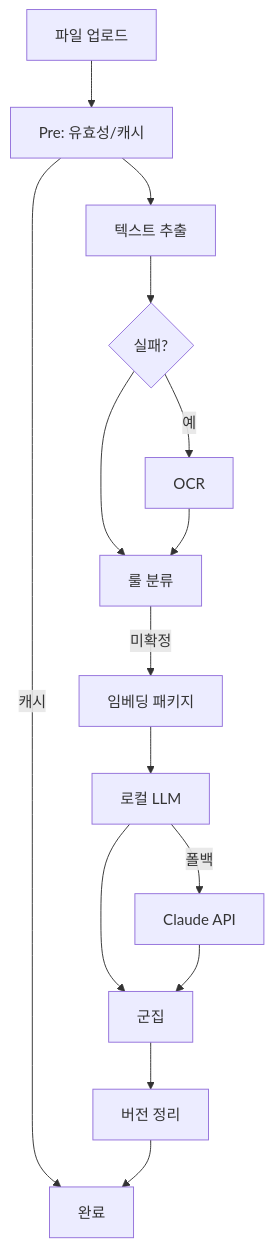
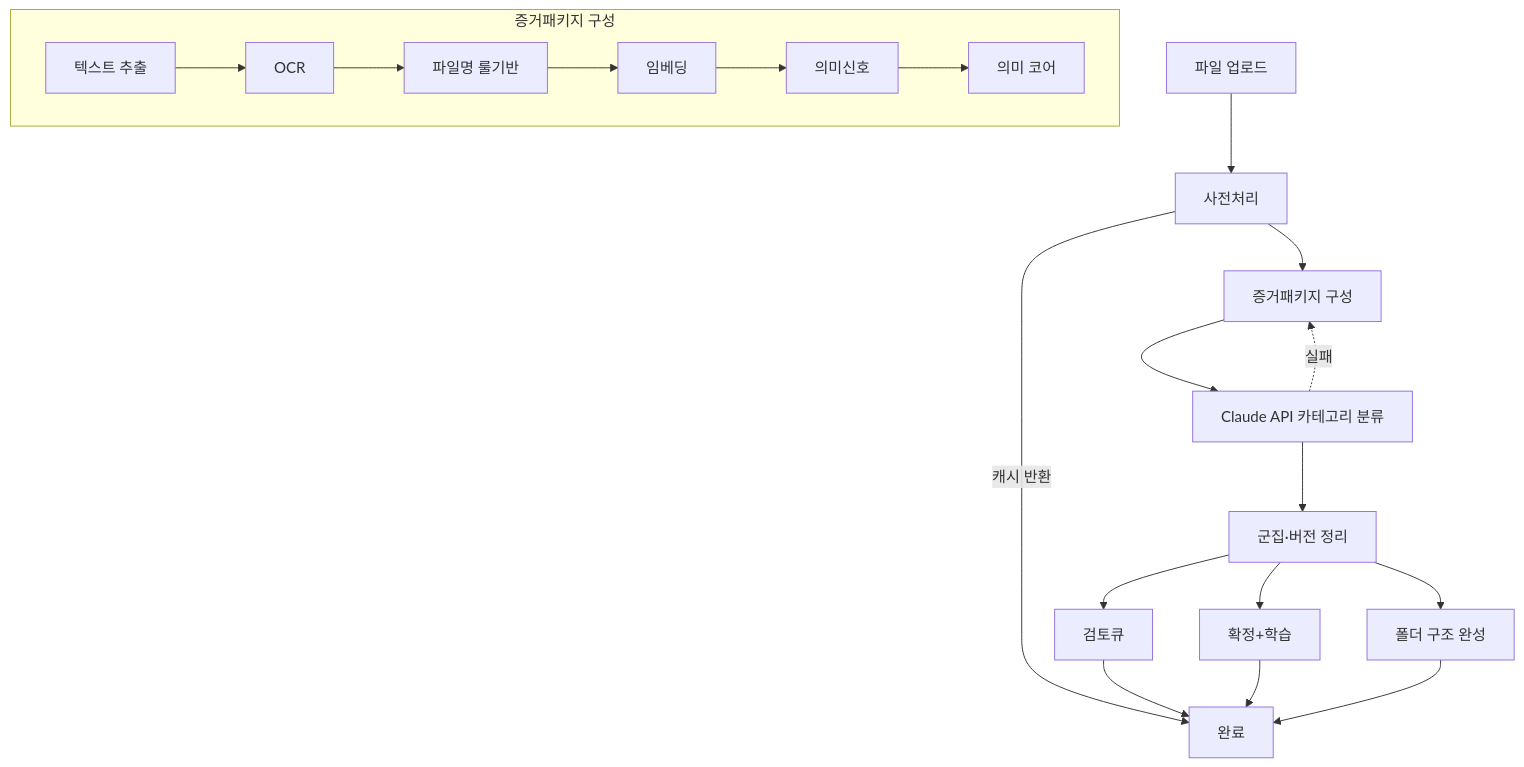
The diagram in rules/CONVENTIONS.md (junyeop10/-), drawn with Mermaid before and after one commit. The commit also changed other lines of this file and 22 other files, not shown here.

First line of the commit message:
refactor: 로컬 LLM 제거 및 Stage5 Claude 파이프라인 정리

````diff
--- a/rules/CONVENTIONS.md
+++ b/rules/CONVENTIONS.md
@@ -102,16 +101,24 @@
 ```mermaid
 flowchart TD
-    U[파일 업로드] --> P[Pre: 유효성/캐시]
-    P -->|캐시| END[완료]
-    P --> E[텍스트 추출]
-    E --> O{실패?}
-    O -->|예| OF[OCR]
-    O --> R[룰 분류]
-    OF --> R
-    R -->|미확정| EP[임베딩 패키지]
-    EP --> L[로컬 LLM]
-    L -->|폴백| A[Claude API]
-    L --> C[군집]
-    A --> C
-    C --> V[버전 정리] --> END
+    U[파일 업로드] --> P[사전처리]
+    P -->|캐시 반환| DONE[완료]
+    P --> EP[증거패키지 구성]
+    subgraph EP_BOX[증거패키지 구성]
+        T[텍스트 추출]
+        OCR[OCR]
+        R[파일명 룰기반]
+        EMB[임베딩]
+        SIG[의미신호]
+        CORE[의미 코어]
+        T --> OCR --> R --> EMB --> SIG --> CORE
+    end
+    EP --> CL[Claude API 카테고리 분류]
+    CL -.실패.-> EP
+    CL --> G[군집·버전 정리]
+    G --> RQ[검토큐]
+    G --> CF[확정+학습]
+    G --> FD[폴더 구조 완성]
+    RQ --> DONE
+    CF --> DONE
+    FD --> DONE
 ```
````
